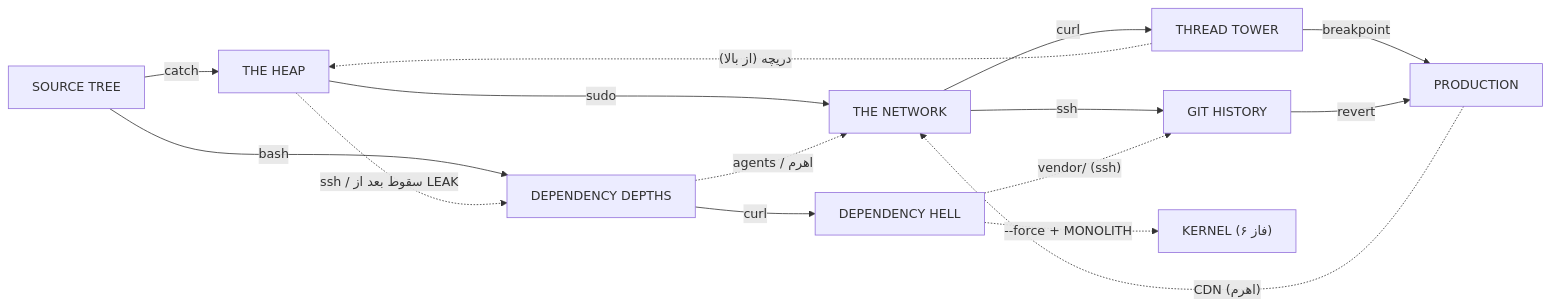
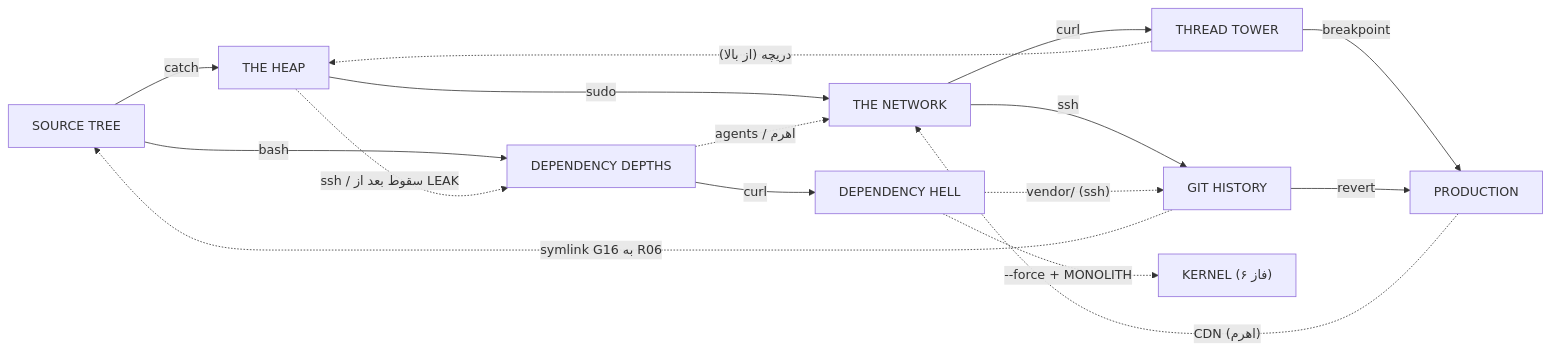
The diagram in docs/metroidvania/08-world-design.md (zack-riftwalker/projects), drawn with Mermaid before and after one commit. The commit also changed other lines of this file and 5 other files, not shown here.

````diff
--- a/docs/metroidvania/08-world-design.md
+++ b/docs/metroidvania/08-world-design.md
@@ -30,26 +47,27 @@
 ```mermaid
 flowchart LR
   src["SOURCE TREE"]
   dep["DEPENDENCY DEPTHS"]
   heap["THE HEAP"]
   net["THE NETWORK"]
   tower["THREAD TOWER"]
   git["GIT HISTORY"]
   hell["DEPENDENCY HELL"]
   prod["PRODUCTION"]
   kernel["KERNEL (فاز ۶)"]
   src -->|"catch"| heap
   src -->|"bash"| dep
   heap -->|"sudo"| net
   dep -.->|"agents / اهرم"| net
   heap -.->|"ssh / سقوط بعد از LEAK"| dep
   net -->|"curl"| tower
   net -->|"ssh"| git
   dep -->|"curl"| hell
   tower -.->|"دریچه (از بالا)"| heap
   tower -->|"breakpoint"| prod
   git -->|"revert"| prod
   prod -.->|"CDN (اهرم)"| net
   hell -.->|"vendor/ (ssh)"| git
+  git -.->|"symlink G16 به R06"| src
   hell -.->|"--force + MONOLITH"| kernel
 ```
````
